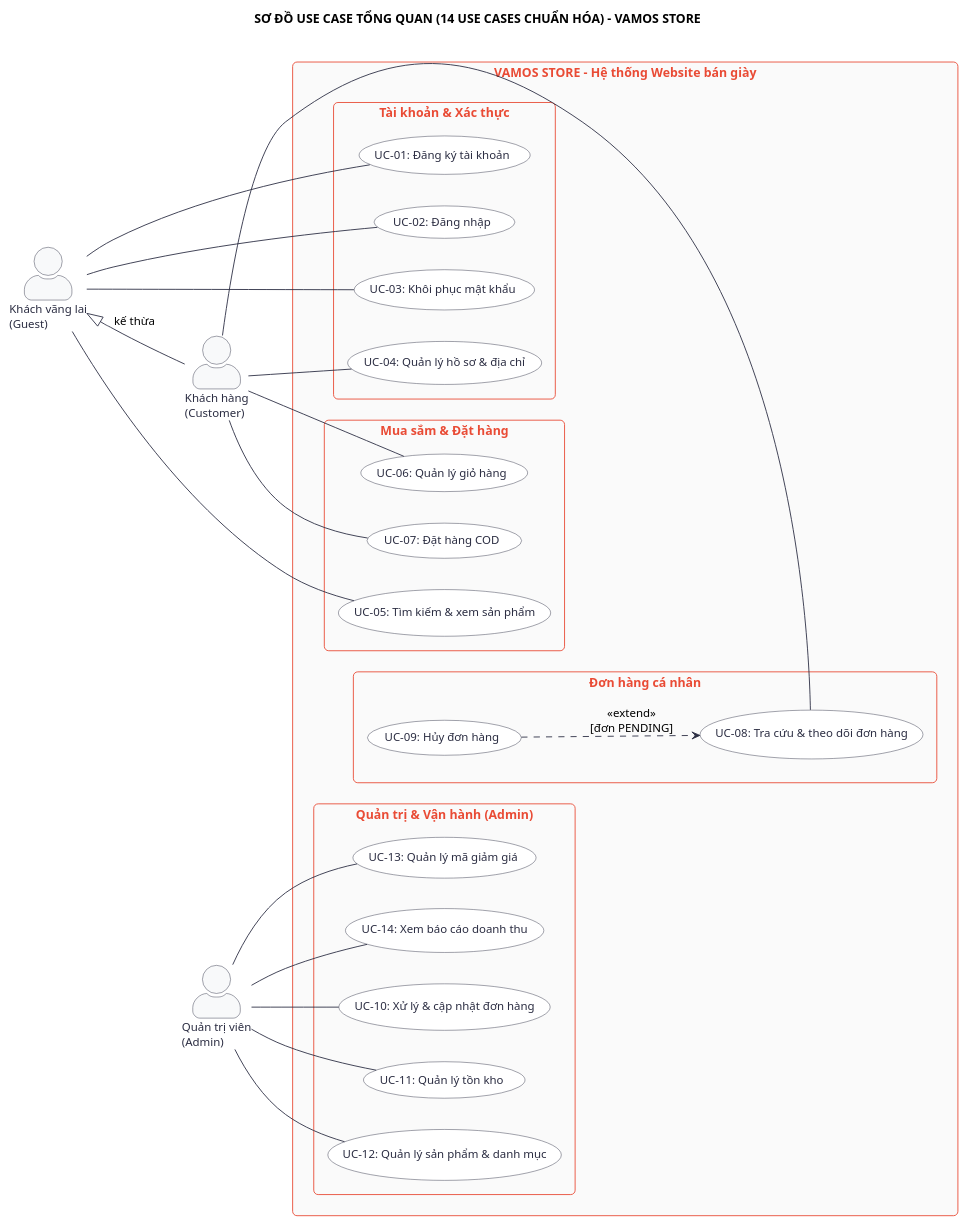
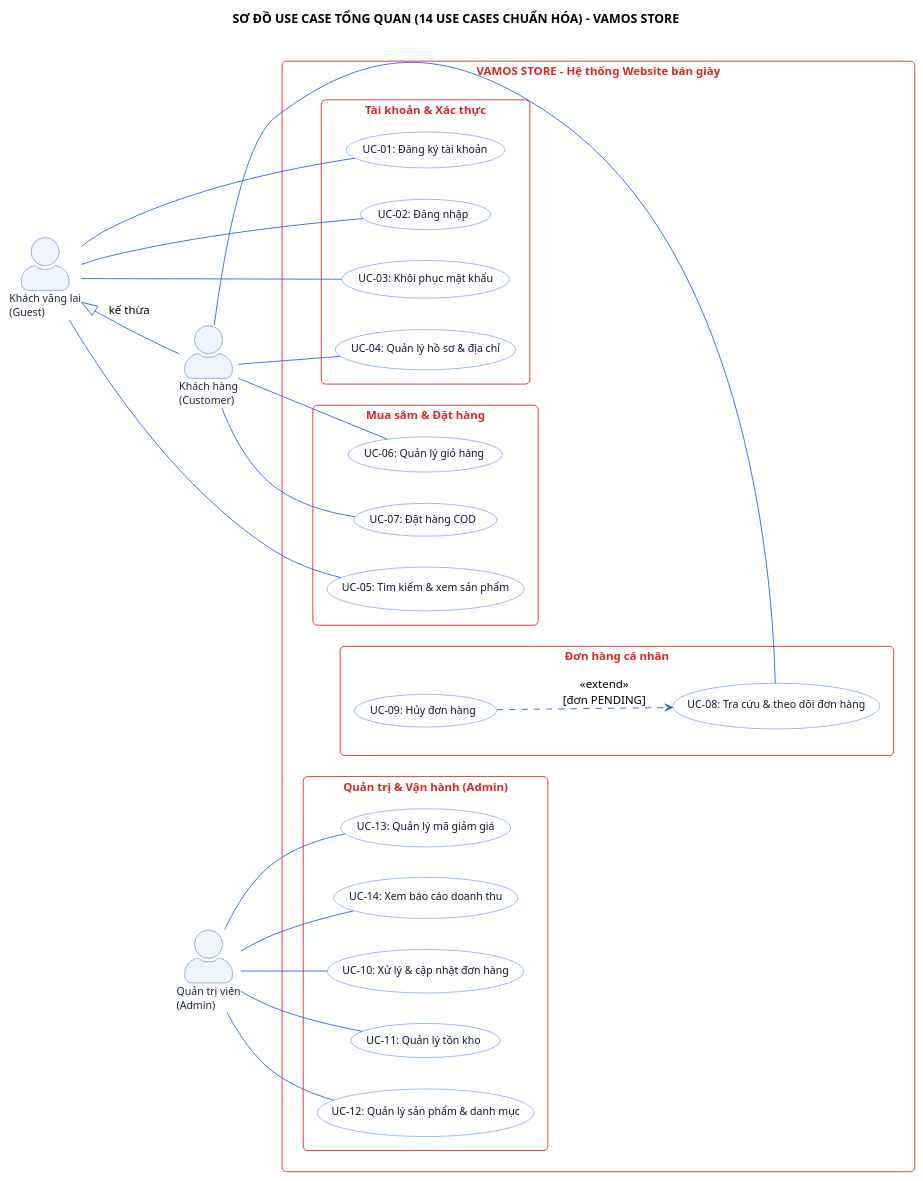
One commit to dungtttd01702-coder/vamos-store changed the diagram in labs/Lab 1 - Usecase/uc-00-overview.puml. Above: the diagram before and after it, drawn with PlantUML. The commit also changed 35 other files, not shown here.

Commit message:
feat(diagrams): modernize ERD, Use Case, and Activity diagrams with executive color palette, update print reports, and rebuild lab archives

```diff
--- a/labs/Lab 1 - Usecase/uc-00-overview.puml
+++ b/labs/Lab 1 - Usecase/uc-00-overview.puml
@@ -1,90 +1,98 @@
 @startuml uc-00-overview
 title SƠ ĐỒ USE CASE TỔNG QUAN (14 USE CASES CHUẨN HÓA) - VAMOS STORE
 left to right direction
 skinparam packageStyle rectangle
 skinparam roundcorner 10
 skinparam actorStyle awesome
 skinparam shadowing false
+skinparam defaultFontName Segoe UI
 
 skinparam usecase {
     BackgroundColor #FFFFFF
-    BorderColor #2B2D42
-    FontColor #2B2D42
-    FontSize 13
-    ArrowColor #2B2D42
+    BorderColor #2563EB
+    FontColor #0F172A
+    FontSize 12
+    ArrowColor #2563EB
 }
 
 skinparam actor {
-    BackgroundColor #F8F9FA
-    BorderColor #2B2D42
-    FontColor #2B2D42
-    FontSize 13
+    BackgroundColor #EFF6FF
+    BorderColor #1D4ED8
+    FontColor #1E293B
+    FontSize 12
+}
+
+skinparam package {
+    BackgroundColor #F8FAFC
+    BorderColor #94A3B8
+    FontColor #0F172A
+    FontSize 12
 }
 
 skinparam rectangle {
-    BackgroundColor #FAFAFA
-    BorderColor #E94B35
-    FontColor #E94B35
-    FontSize 14
+    BackgroundColor #FFFFFF
+    BorderColor #DC2626
+    FontColor #DC2626
+    FontSize 13
 }
 
 ' Danh sách 3 Actors chính (Bên trái: Người mua, Bên phải: Quản trị)
 actor "Khách vãng lai\n(Guest)" as Guest
 actor "Khách hàng\n(Customer)" as Customer
 actor "Quản trị viên\n(Admin)" as Admin
 
 ' Quan hệ kế thừa
 Customer -up-|> Guest : "kế thừa"
 
 rectangle "VAMOS STORE - Hệ thống Website bán giày" {
 
     package "Tài khoản & Xác thực" {
         usecase "UC-01: Đăng ký tài khoản" as UC01
         usecase "UC-02: Đăng nhập" as UC02
         usecase "UC-03: Khôi phục mật khẩu" as UC03
         usecase "UC-04: Quản lý hồ sơ & địa chỉ" as UC04
     }
 
     package "Mua sắm & Đặt hàng" {
         usecase "UC-05: Tìm kiếm & xem sản phẩm" as UC05
         usecase "UC-06: Quản lý giỏ hàng" as UC06
         usecase "UC-07: Đặt hàng COD" as UC07
     }
 
     package "Đơn hàng cá nhân" {
         usecase "UC-08: Tra cứu & theo dõi đơn hàng" as UC08
         usecase "UC-09: Hủy đơn hàng" as UC09
     }
 
     package "Quản trị & Vận hành (Admin)" {
         usecase "UC-10: Xử lý & cập nhật đơn hàng" as UC10
         usecase "UC-11: Quản lý tồn kho" as UC11
         usecase "UC-12: Quản lý sản phẩm & danh mục" as UC12
         usecase "UC-13: Quản lý mã giảm giá" as UC13
         usecase "UC-14: Xem báo cáo doanh thu" as UC14
     }
 }
 
 ' Liên kết Khách vãng lai (Guest)
 Guest -- UC01
 Guest -- UC02
 Guest -- UC03
 Guest -- UC05
 
 ' Liên kết Khách hàng (Customer)
 Customer -- UC04
 Customer -- UC06
 Customer -- UC07
 Customer -- UC08
 
 ' Mở rộng Hủy đơn (Extend có điều kiện)
 UC09 ..> UC08 : "<<extend>>\n[đơn PENDING]"
 
 ' Liên kết Quản trị viên (Admin)
 Admin -- UC10
 Admin -- UC11
 Admin -- UC12
 Admin -- UC13
 Admin -- UC14
 
 @enduml
```
